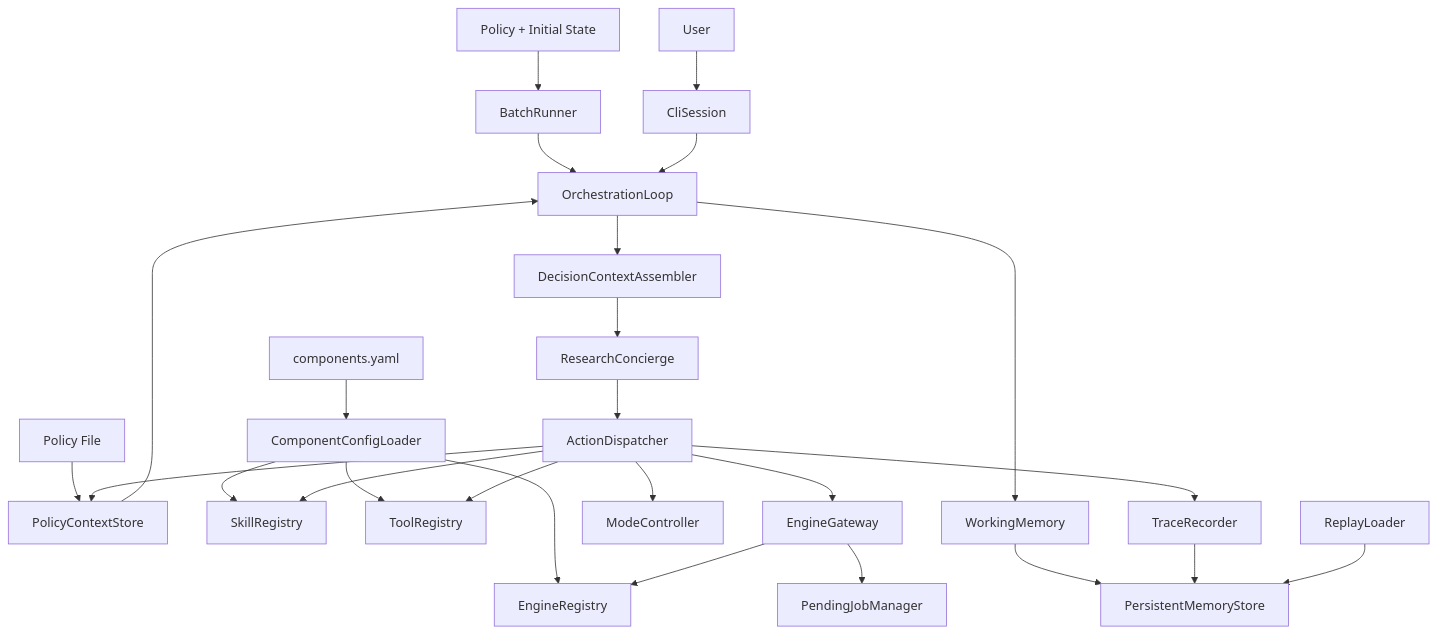
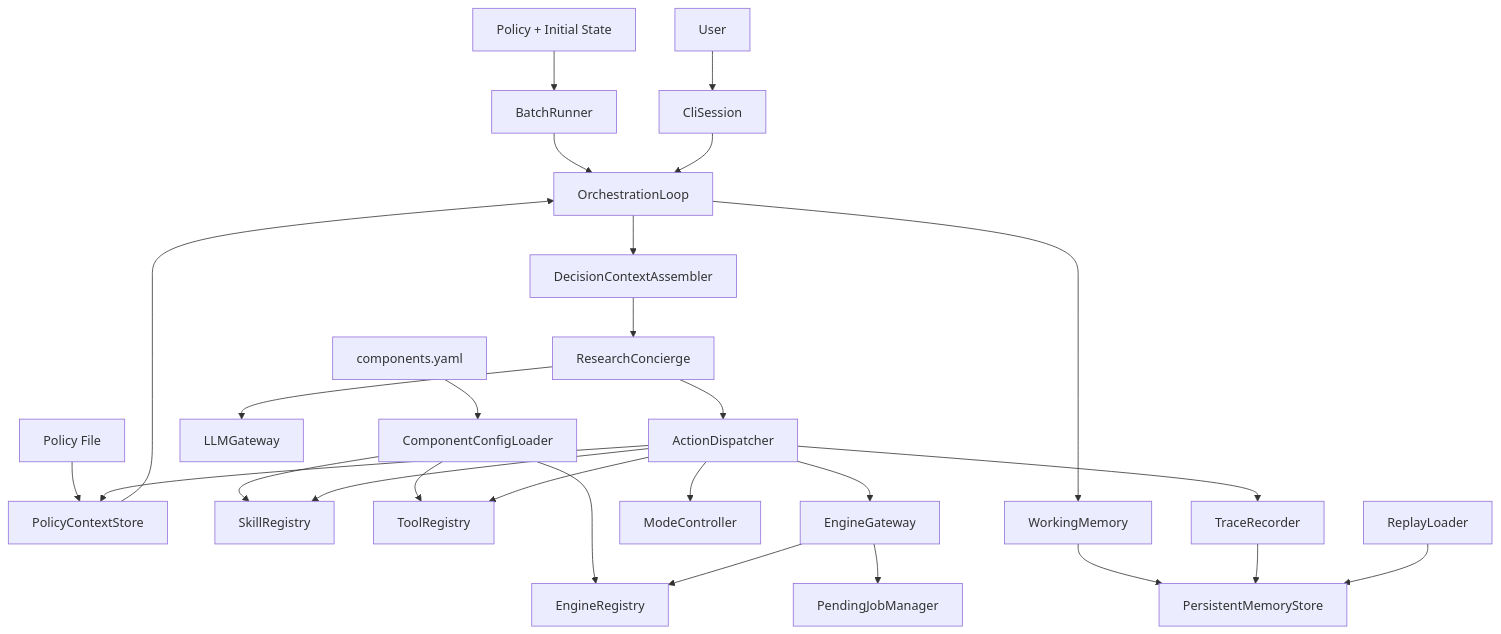
One commit to kenoogl/eqorch changed the first of 3 diagrams in .kiro/specs/eqorch/design.md. Above: the diagram before and after it, drawn with Mermaid. The commit also changed other lines of this file, not shown here.

````diff
--- a/.kiro/specs/eqorch/design.md
+++ b/.kiro/specs/eqorch/design.md
@@ -46,28 +47,29 @@
 ```mermaid
 graph TB
     User --> CliSession
     BatchInput["Policy + Initial State"] --> BatchRunner
     PolicyFile["Policy File"] --> PolicyContextStore
     ComponentConfig["components.yaml"] --> ComponentConfigLoader
     PolicyContextStore --> OrchestrationLoop
     BatchRunner --> OrchestrationLoop
     CliSession --> OrchestrationLoop
     ComponentConfigLoader --> SkillRegistry
     ComponentConfigLoader --> ToolRegistry
     ComponentConfigLoader --> EngineRegistry
     OrchestrationLoop --> DecisionContextAssembler
     DecisionContextAssembler --> ResearchConcierge
+    ResearchConcierge --> LLMGateway
     ResearchConcierge --> ActionDispatcher
     ActionDispatcher --> SkillRegistry
     ActionDispatcher --> ToolRegistry
     ActionDispatcher --> EngineGateway
     ActionDispatcher --> ModeController
     ActionDispatcher --> PolicyContextStore
     ActionDispatcher --> TraceRecorder
     EngineGateway --> EngineRegistry
     EngineGateway --> PendingJobManager
     OrchestrationLoop --> WorkingMemory
     WorkingMemory --> PersistentMemoryStore
     TraceRecorder --> PersistentMemoryStore
     ReplayLoader --> PersistentMemoryStore
 ```
````
